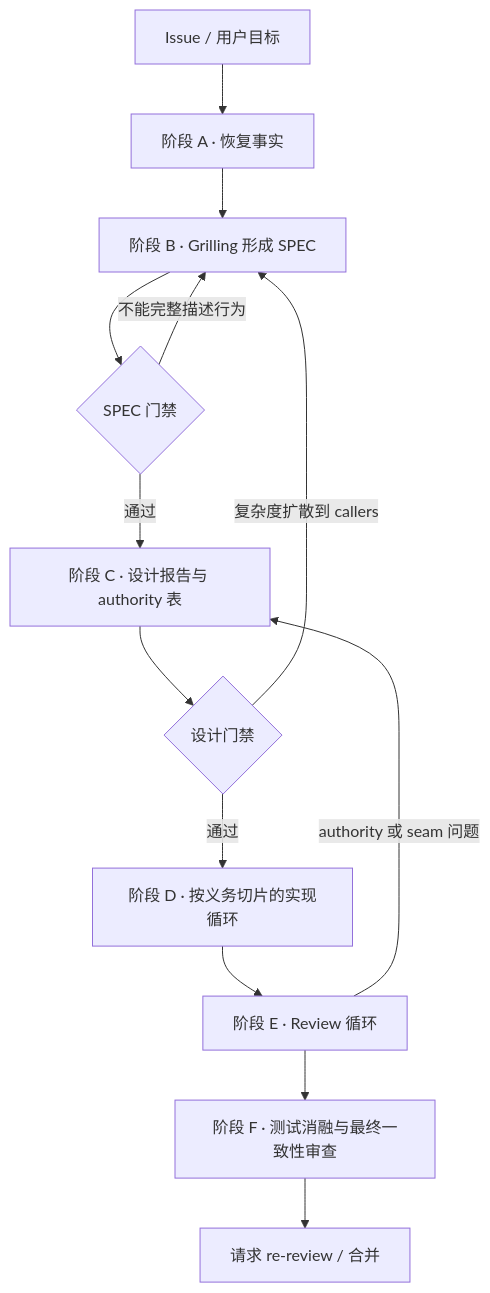
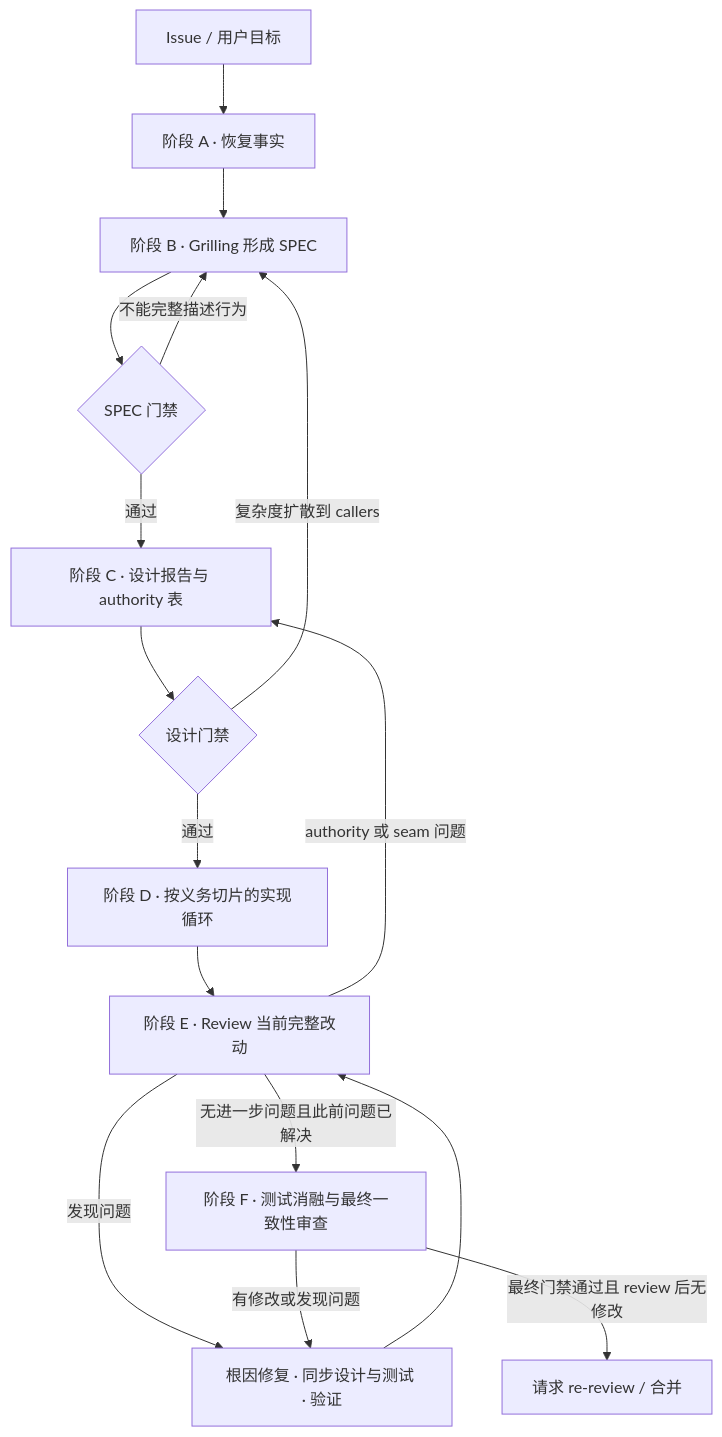
Before and after one commit to wutongyuonce/pr-lifecycle: the diagram in README.md, drawn with Mermaid. The commit also changed other lines of this file and 2 other files, not shown here.

Commit message:
Require review cycles until all findings are resolved

````diff
--- a/README.md
+++ b/README.md
@@ -45,15 +46,18 @@
 ```mermaid
 flowchart TD
     A[Issue / 用户目标] --> B[阶段 A · 恢复事实]
     B --> C[阶段 B · Grilling 形成 SPEC]
     C --> D{SPEC 门禁}
     D -->|不能完整描述行为| C
     D -->|通过| E[阶段 C · 设计报告与 authority 表]
     E --> F{设计门禁}
     F -->|复杂度扩散到 callers| C
     F -->|通过| G[阶段 D · 按义务切片的实现循环]
-    G --> H[阶段 E · Review 循环]
-    H --> I[阶段 F · 测试消融与最终一致性审查]
-    I --> J[请求 re-review / 合并]
+    G --> H[阶段 E · Review 当前完整改动]
+    H -->|发现问题| K[根因修复 · 同步设计与测试 · 验证]
+    K --> H
+    H -->|无进一步问题且此前问题已解决| I[阶段 F · 测试消融与最终一致性审查]
+    I -->|有修改或发现问题| K
+    I -->|最终门禁通过且 review 后无修改| J[请求 re-review / 合并]
     H -->|authority 或 seam 问题| E
 ```
````
